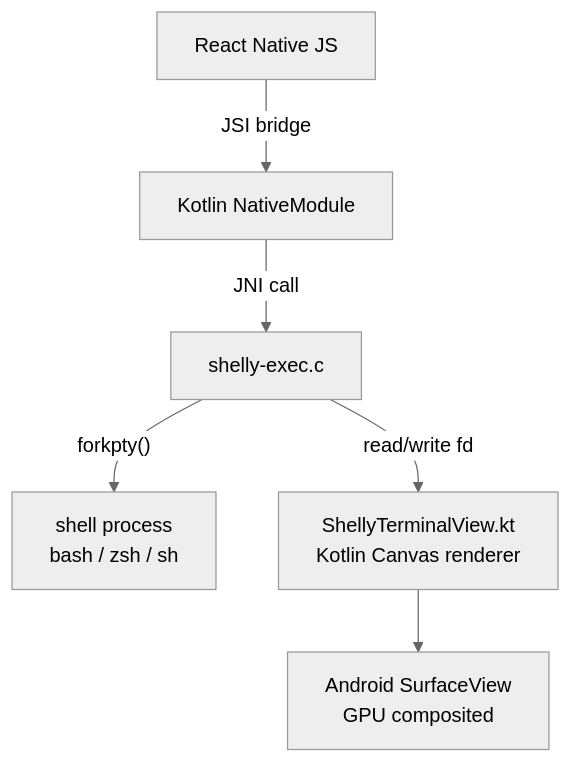
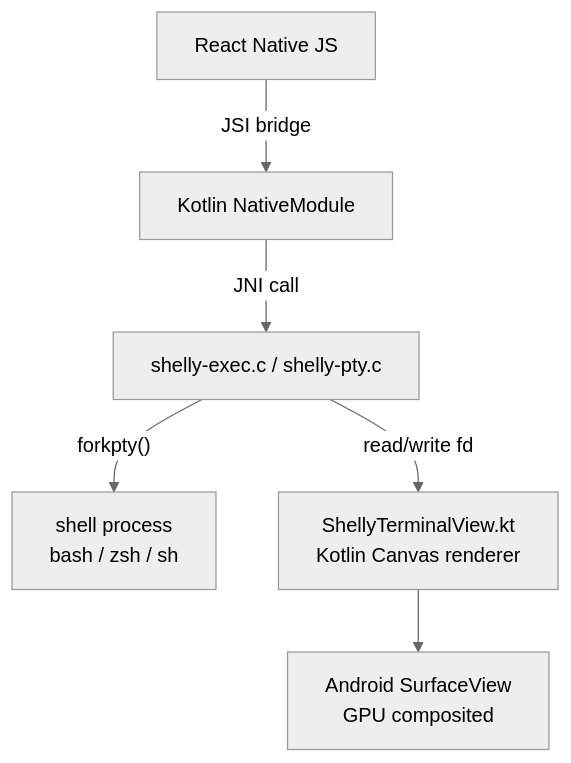
The fourth of 5 diagrams in README.md (PKailab/Shelly), drawn with Mermaid (neutral theme) before and after one commit. The commit also changed other lines of this file and 2 other files, not shown here.

````diff
--- a/README.md
+++ b/README.md
@@ -284,8 +414,8 @@
 ```mermaid
 flowchart TB
   JS["React Native JS"] -- "JSI bridge" --> KT["Kotlin NativeModule"]
-  KT -- "JNI call" --> C["shelly-exec.c"]
+  KT -- "JNI call" --> C["shelly-exec.c / shelly-pty.c"]
   C -- "forkpty()" --> SH["shell process\nbash / zsh / sh"]
   C -- "read/write fd" --> TV["ShellyTerminalView.kt\nKotlin Canvas renderer"]
   TV --> GPU["Android SurfaceView\nGPU composited"]
 ```
````
